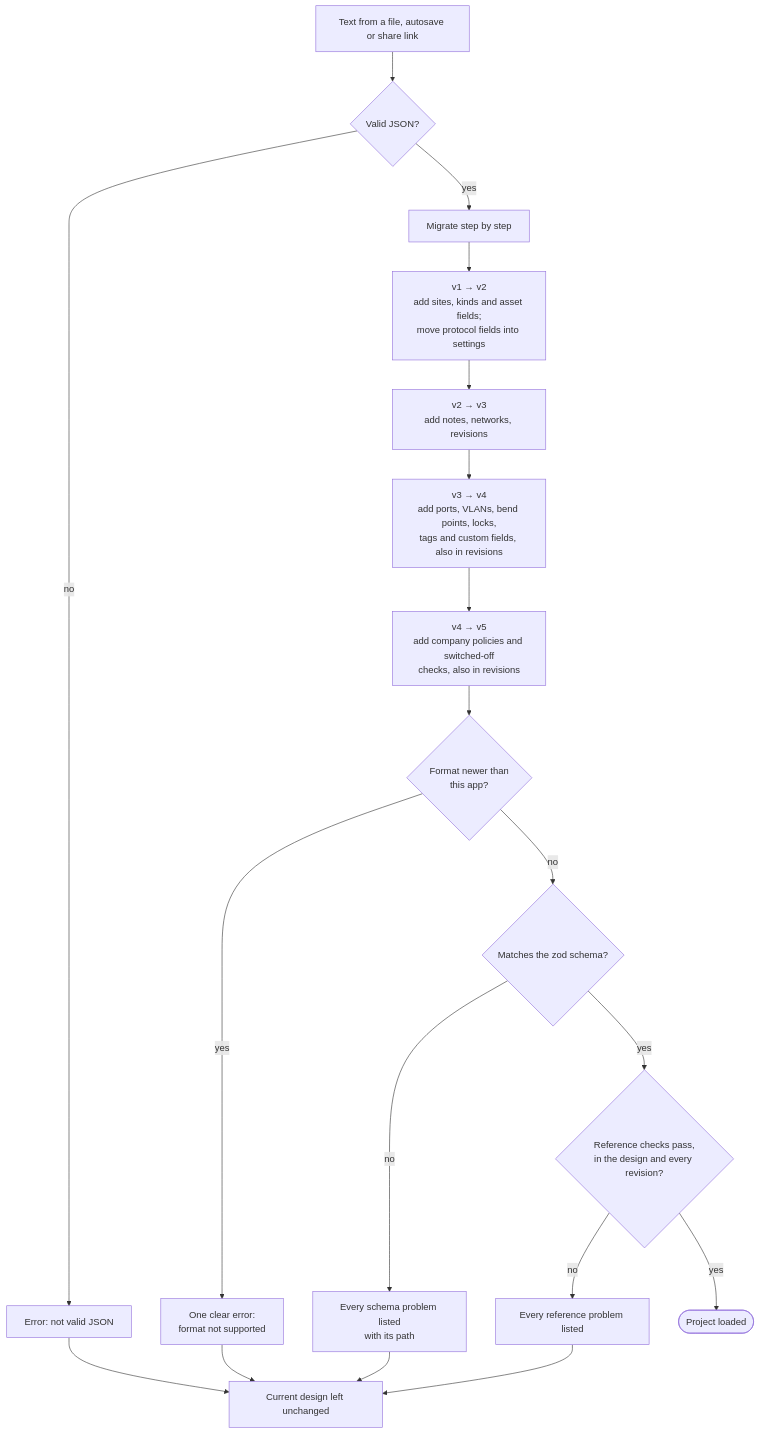
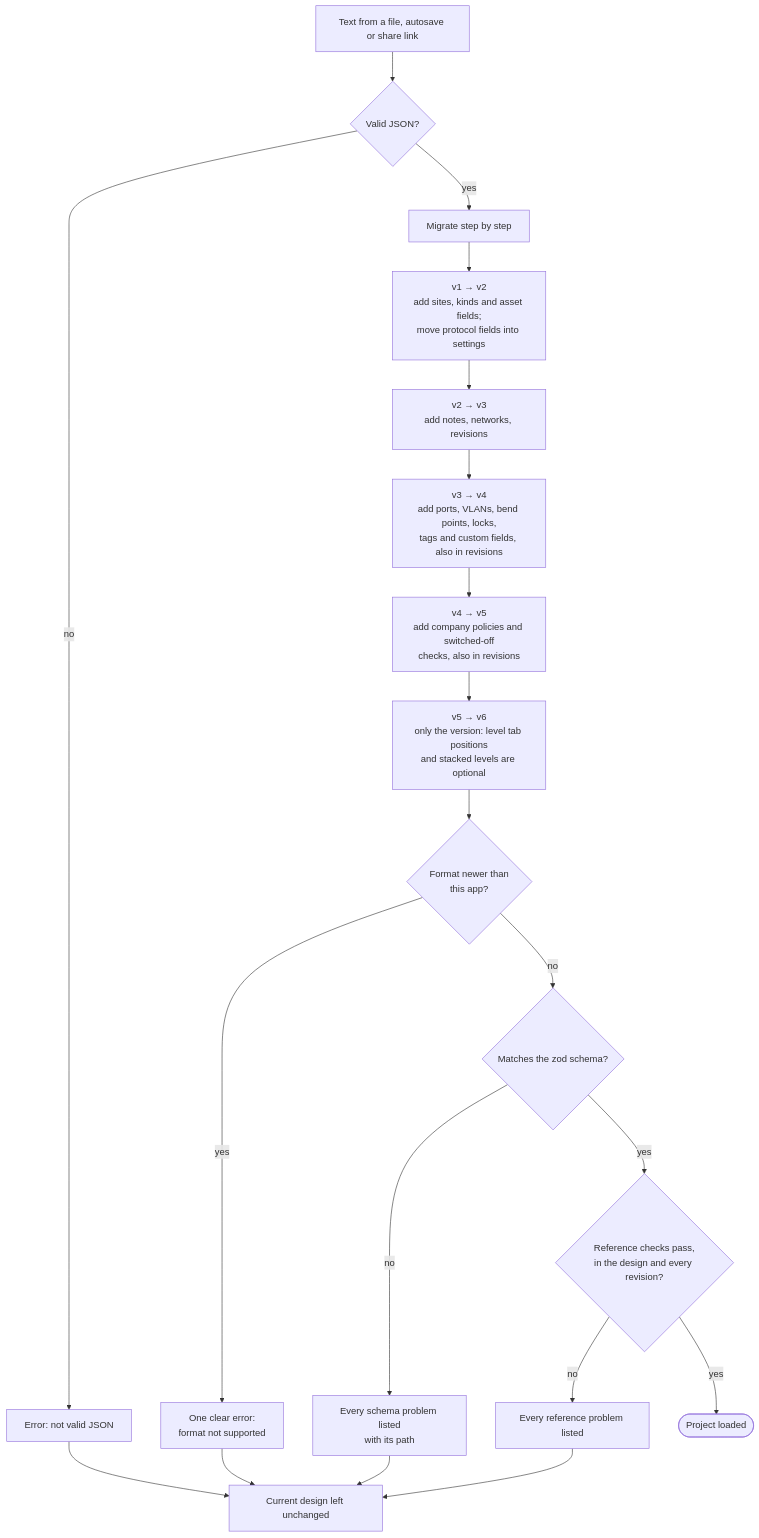
Diagram 16 of 32 in README.md (vijaykumargowdakk/ReSecArc), drawn with Mermaid before and after one commit. The commit also changed other lines of this file and 6 other files, not shown here.

First line of the commit message:
Docs for M28: level tabs, stacks and format 6

````diff
--- a/README.md
+++ b/README.md
@@ -790,18 +802,19 @@
 ```mermaid
 flowchart TD
     A["Text from a file, autosave or share link"] --> B{"Valid JSON?"}
     B -- "no" --> E1["Error: not valid JSON"]
     B -- "yes" --> C["Migrate step by step"]
     C --> C1["v1 → v2<br/>add sites, kinds and asset fields;<br/>move protocol fields into settings"]
     C1 --> C2["v2 → v3<br/>add notes, networks, revisions"]
     C2 --> C3["v3 → v4<br/>add ports, VLANs, bend points, locks,<br/>tags and custom fields, also in revisions"]
     C3 --> C4["v4 → v5<br/>add company policies and switched-off<br/>checks, also in revisions"]
-    C4 --> D{"Format newer than<br/>this app?"}
+    C4 --> C5["v5 → v6<br/>only the version: level tab positions<br/>and stacked levels are optional"]
+    C5 --> D{"Format newer than<br/>this app?"}
     D -- "yes" --> E2["One clear error:<br/>format not supported"]
     D -- "no" --> F{"Matches the zod schema?"}
     F -- "no" --> E3["Every schema problem listed<br/>with its path"]
     F -- "yes" --> G{"Reference checks pass,<br/>in the design and every revision?"}
     G -- "no" --> E4["Every reference problem listed"]
     G -- "yes" --> OK(["Project loaded"])
     E1 & E2 & E3 & E4 --> KEEP["Current design left unchanged"]
 ```
````
